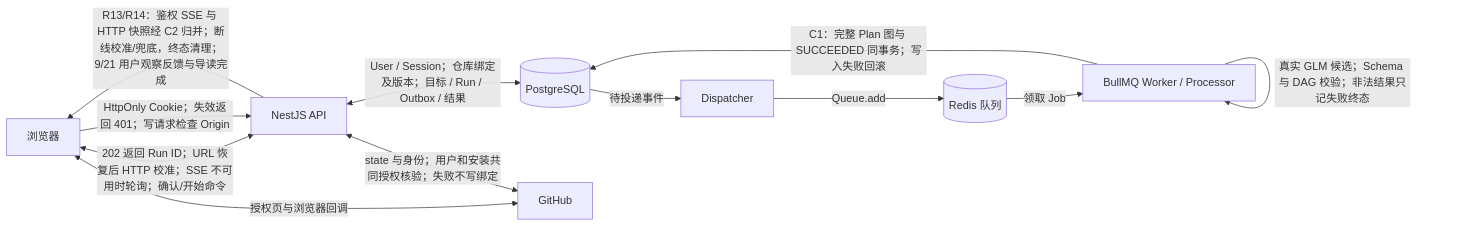
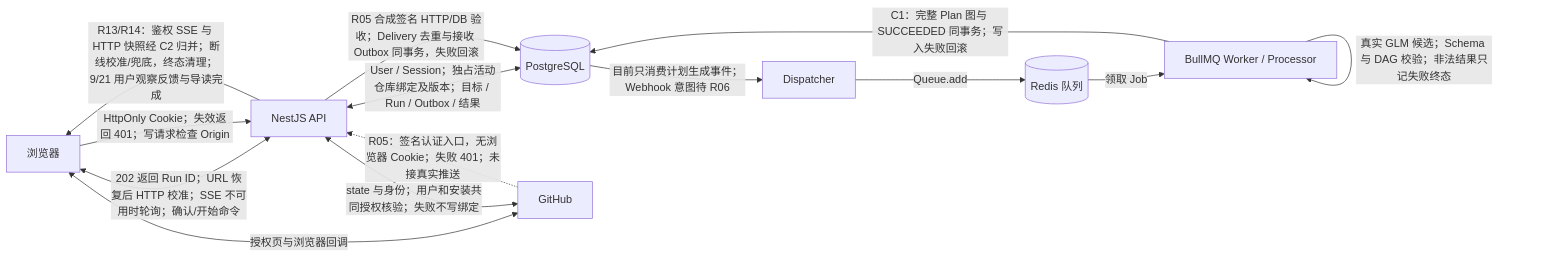
One commit to Gerden31145/KnowledgeOps-Agent changed the diagram in docs/KnowledgeOps-Agent-逐日开发计划.md. Above: the diagram before and after it, drawn with Mermaid. The commit also changed other lines of this file and 26 other files, not shown here.

````diff
--- a/docs/KnowledgeOps-Agent-逐日开发计划.md
+++ b/docs/KnowledgeOps-Agent-逐日开发计划.md
@@ -153,14 +159,16 @@
 ```mermaid
 flowchart LR
     Web[浏览器] <-->|202 返回 Run ID；URL 恢复后 HTTP 校准；SSE 不可用时轮询；确认/开始命令| API[NestJS API]
     API -->|R13/R14：鉴权 SSE 与 HTTP 快照经 C2 归并；断线校准/兜底，终态清理；9/21 用户观察反馈与导读完成| Web
-    API <-->|User / Session；仓库绑定及版本；目标 / Run / Outbox / 结果| DB[(PostgreSQL)]
+    API <-->|User / Session；独占活动仓库绑定及版本；目标 / Run / Outbox / 结果| DB[(PostgreSQL)]
     Web <-->|授权页与浏览器回调| GitHub[GitHub]
     API <-->|state 与身份；用户和安装共同授权核验；失败不写绑定| GitHub
     Web -->|HttpOnly Cookie；失效返回 401；写请求检查 Origin| API
-    DB -->|待投递事件| Dispatcher[Dispatcher]
+    GitHub -.->|R05：签名认证入口，无浏览器 Cookie；失败 401；未接真实推送| API
+    API -->|R05 合成签名 HTTP/DB 验收；Delivery 去重与接收 Outbox 同事务，失败回滚| DB
+    DB -->|目前只消费计划生成事件；Webhook 意图待 R06| Dispatcher[Dispatcher]
     Dispatcher -->|Queue.add| Redis[(Redis 队列)]
     Redis -->|领取 Job| Worker[BullMQ Worker / Processor]
     Worker -->|真实 GLM 候选；Schema 与 DAG 校验；非法结果只记失败终态| Worker
     Worker -->|C1：完整 Plan 图与 SUCCEEDED 同事务；写入失败回滚| DB
 ```
````
